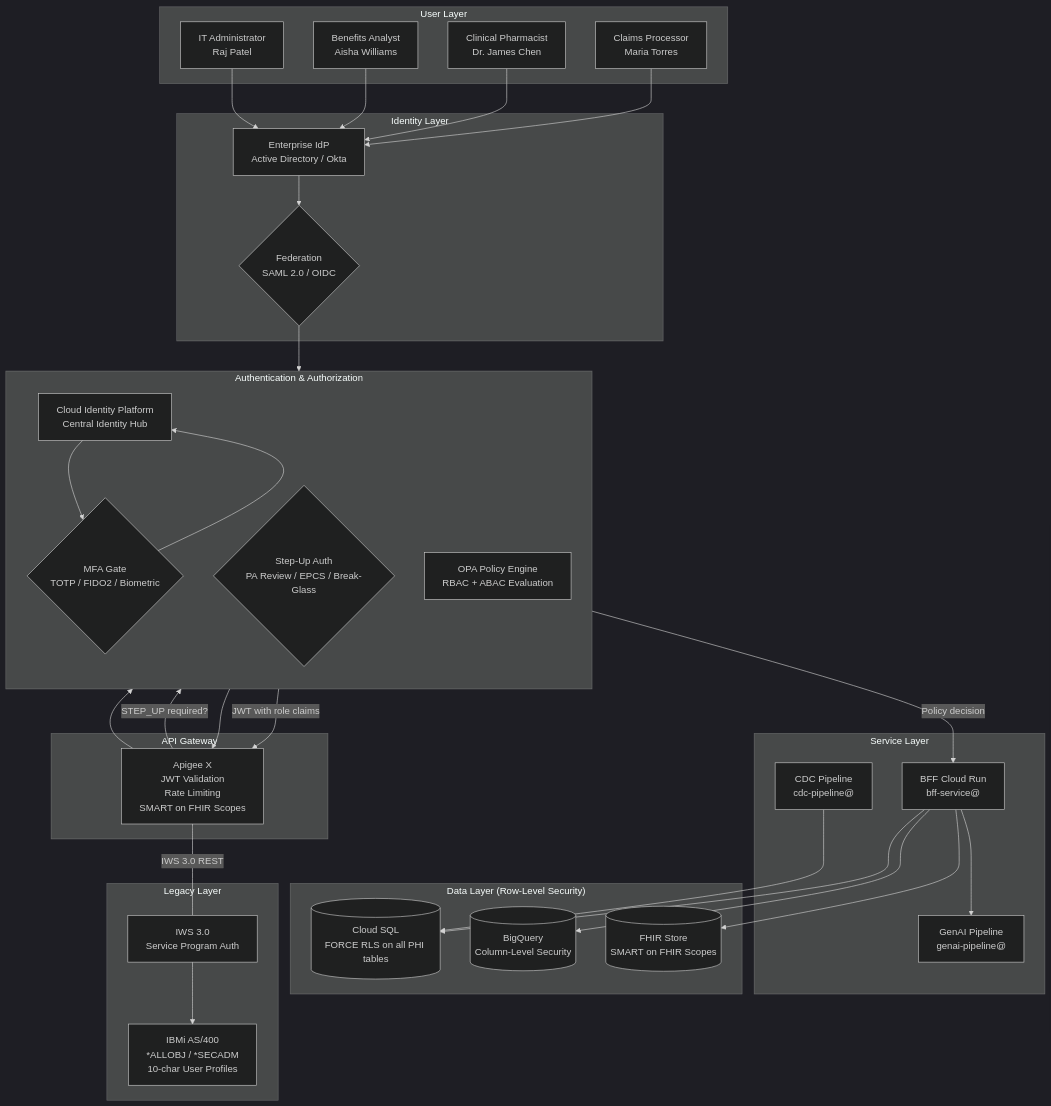
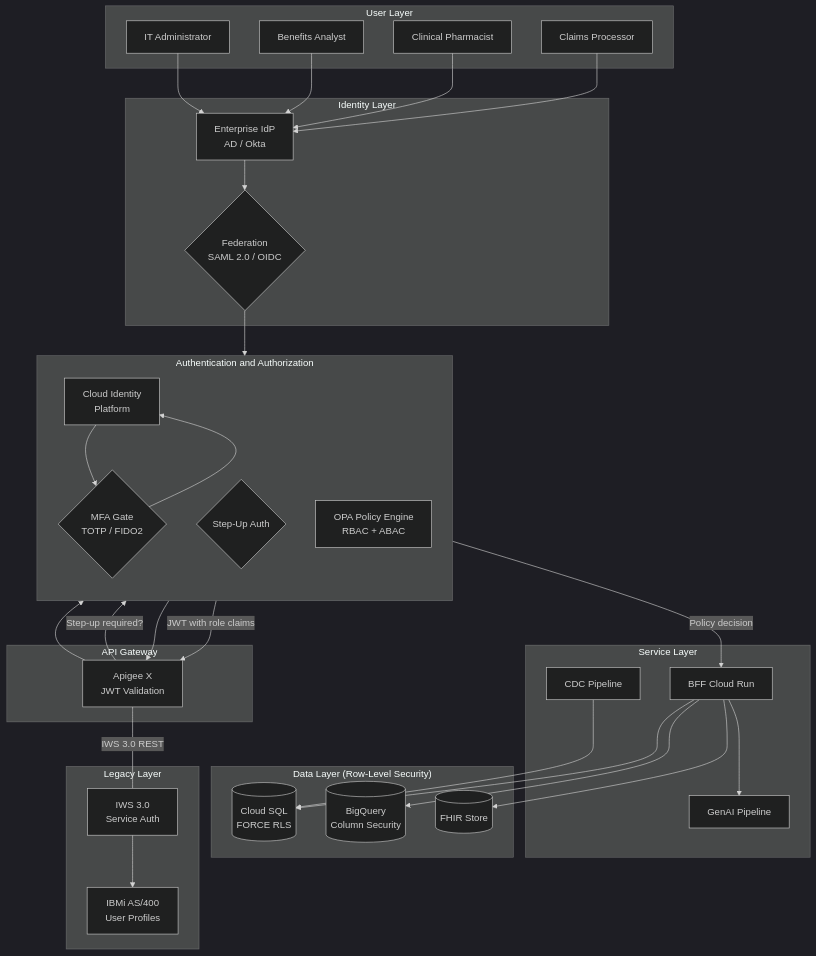
The sixth of 7 diagrams in outputs/cvs-legacy-transformation/solution-architecture-document.md (Modular-Earth-LLC/solutions-architecture-agent), drawn with Mermaid (dark theme) before and after one commit. The commit also changed other lines of this file and 5 other files, not shown here.

First line of the commit message:
fix(diagrams): apply Mermaid quality rules across all diagrams and generation code

````diff
--- a/outputs/cvs-legacy-transformation/solution-architecture-document.md
+++ b/outputs/cvs-legacy-transformation/solution-architecture-document.md
@@ -515,59 +534,64 @@
 ```mermaid
 flowchart TB
     subgraph "User Layer"
-        CP[Claims Processor<br/>Maria Torres]
-        PH[Clinical Pharmacist<br/>Dr. James Chen]
-        BA[Benefits Analyst<br/>Aisha Williams]
-        IT[IT Administrator<br/>Raj Patel]
+        CP_USER["Claims Processor"]
+        PH_USER["Clinical Pharmacist"]
+        BA_USER["Benefits Analyst"]
+        IT_USER["IT Administrator"]
     end
 
     subgraph "Identity Layer"
-        IDP_ENT[Enterprise IdP<br/>Active Directory / Okta]
-        IDP_FED{Federation<br/>SAML 2.0 / OIDC}
+        IDP_ENT["Enterprise IdP<br/>AD / Okta"]
+        IDP_FED{"Federation<br/>SAML 2.0 / OIDC"}
     end
 
-    subgraph "Authentication & Authorization"
+    subgraph "Authentication and Authorization"
         direction TB
-        CIP[Cloud Identity Platform<br/>Central Identity Hub]
-        MFA{MFA Gate<br/>TOTP / FIDO2 / Biometric}
-        STEP_UP{Step-Up Auth<br/>PA Review / EPCS / Break-Glass}
-        OPA[OPA Policy Engine<br/>RBAC + ABAC Evaluation]
+        CIP_AUTH["Cloud Identity<br/>Platform"]
+        MFA_GATE{"MFA Gate<br/>TOTP / FIDO2"}
+        STEP_UP{"Step-Up Auth"}
+        OPA_ENGINE["OPA Policy Engine<br/>RBAC + ABAC"]
     end
 
     subgraph "API Gateway"
-        APG[Apigee X<br/>JWT Validation<br/>Rate Limiting<br/>SMART on FHIR Scopes]
+        APG_GW["Apigee X<br/>JWT Validation"]
     end
 
     subgraph "Service Layer"
-        BFF[BFF Cloud Run<br/>bff-service@]
-        GENAI[GenAI Pipeline<br/>genai-pipeline@]
-        CDC[CDC Pipeline<br/>cdc-pipeline@]
+        BFF_SVC["BFF Cloud Run"]
+        GENAI_SVC["GenAI Pipeline"]
+        CDC_SVC["CDC Pipeline"]
     end
 
     subgraph "Data Layer (Row-Level Security)"
-        CSQL[(Cloud SQL<br/>FORCE RLS on all PHI tables)]
-        BQ[(BigQuery<br/>Column-Level Security)]
-        FHIR[(FHIR Store<br/>SMART on FHIR Scopes)]
+        CSQL_DATA[("Cloud SQL<br/>FORCE RLS")]
+        BQ_DATA[("BigQuery<br/>Column Security")]
+        FHIR_DATA[("FHIR Store")]
     end
 
     subgraph "Legacy Layer"
-        IBMI[IBMi AS/400<br/>*ALLOBJ / *SECADM<br/>10-char User Profiles]
-        IWS[IWS 3.0<br/>Service Program Auth]
+        IBMI_LEGACY["IBMi AS/400<br/>User Profiles"]
+        IWS_LEGACY["IWS 3.0<br/>Service Auth"]
     end
 
-    CP & PH & BA & IT --> IDP_ENT
+    CP_USER --> IDP_ENT
+    PH_USER --> IDP_ENT
+    BA_USER --> IDP_ENT
+    IT_USER --> IDP_ENT
     IDP_ENT --> IDP_FED
-    IDP_FED --> CIP
-    CIP --> MFA
-    MFA --> CIP
-    CIP -->|JWT with role claims| APG
-    APG -->|STEP_UP required?| STEP_UP
-    STEP_UP --> APG
-    APG --> OPA
-    OPA -->|Policy decision| BFF
-    BFF --> CSQL & BQ & FHIR
-    BFF --> GENAI
-    CDC --> CSQL
-    APG ---|IWS 3.0 REST| IWS
-    IWS --> IBMI
+    IDP_FED --> CIP_AUTH
+    CIP_AUTH --> MFA_GATE
+    MFA_GATE --> CIP_AUTH
+    CIP_AUTH -->|"JWT with role claims"| APG_GW
+    APG_GW -->|"Step-up required?"| STEP_UP
+    STEP_UP --> APG_GW
+    APG_GW --> OPA_ENGINE
+    OPA_ENGINE -->|"Policy decision"| BFF_SVC
+    BFF_SVC --> CSQL_DATA
+    BFF_SVC --> BQ_DATA
+    BFF_SVC --> FHIR_DATA
+    BFF_SVC --> GENAI_SVC
+    CDC_SVC --> CSQL_DATA
+    APG_GW ---|"IWS 3.0 REST"| IWS_LEGACY
+    IWS_LEGACY --> IBMI_LEGACY
 ```
````
